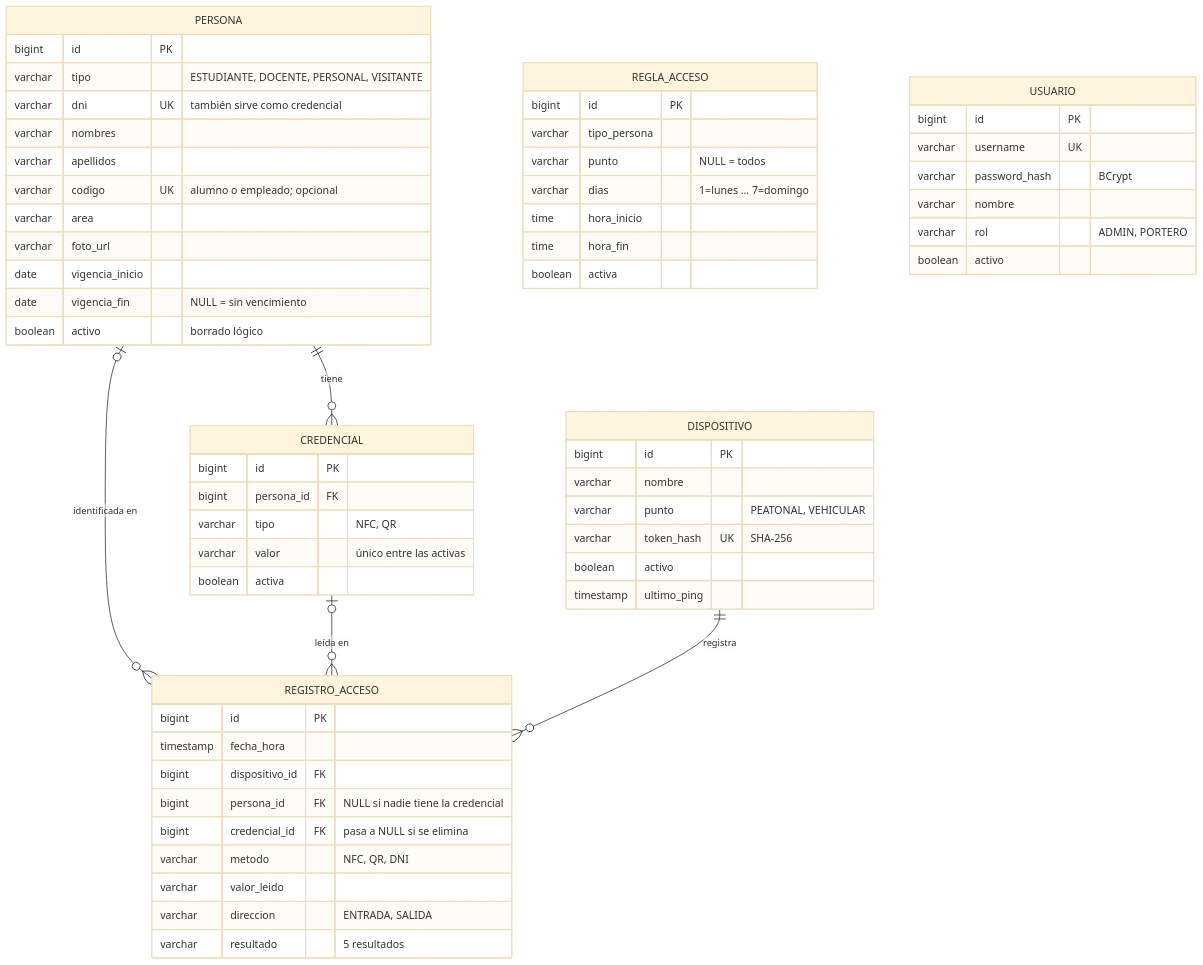
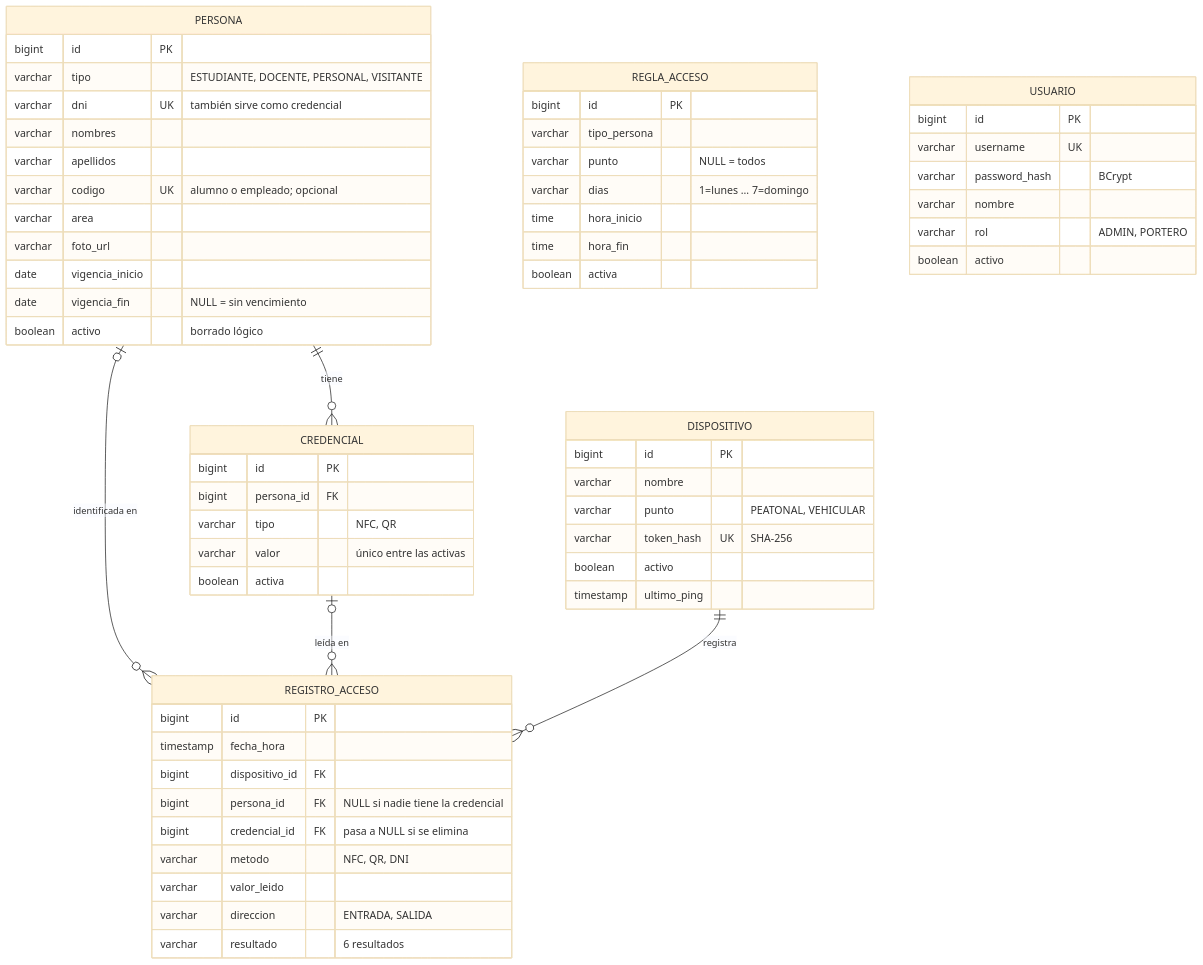
The second of 3 diagrams in docs/diagramas.md (David-Quispe/porteria-api), drawn with Mermaid (base theme) before and after one commit. The commit also changed other lines of this file and 6 other files, not shown here.

````diff
--- a/docs/diagramas.md
+++ b/docs/diagramas.md
@@ -33,64 +33,64 @@
 ```mermaid
 erDiagram
     PERSONA ||--o{ CREDENCIAL : "tiene"
     PERSONA |o--o{ REGISTRO_ACCESO : "identificada en"
     CREDENCIAL |o--o{ REGISTRO_ACCESO : "leída en"
     DISPOSITIVO ||--o{ REGISTRO_ACCESO : "registra"
 
     PERSONA {
         bigint id PK
         varchar tipo "ESTUDIANTE, DOCENTE, PERSONAL, VISITANTE"
         varchar dni UK "también sirve como credencial"
         varchar nombres
         varchar apellidos
         varchar codigo UK "alumno o empleado; opcional"
         varchar area
         varchar foto_url
         date vigencia_inicio
         date vigencia_fin "NULL = sin vencimiento"
         boolean activo "borrado lógico"
     }
     CREDENCIAL {
         bigint id PK
         bigint persona_id FK
         varchar tipo "NFC, QR"
         varchar valor "único entre las activas"
         boolean activa
     }
     DISPOSITIVO {
         bigint id PK
         varchar nombre
         varchar punto "PEATONAL, VEHICULAR"
         varchar token_hash UK "SHA-256"
         boolean activo
         timestamp ultimo_ping
     }
     REGISTRO_ACCESO {
         bigint id PK
         timestamp fecha_hora
         bigint dispositivo_id FK
         bigint persona_id FK "NULL si nadie tiene la credencial"
         bigint credencial_id FK "pasa a NULL si se elimina"
         varchar metodo "NFC, QR, DNI"
         varchar valor_leido
         varchar direccion "ENTRADA, SALIDA"
-        varchar resultado "5 resultados"
+        varchar resultado "6 resultados"
     }
     REGLA_ACCESO {
         bigint id PK
         varchar tipo_persona
         varchar punto "NULL = todos"
         varchar dias "1=lunes ... 7=domingo"
         time hora_inicio
         time hora_fin
         boolean activa
     }
     USUARIO {
         bigint id PK
         varchar username UK
         varchar password_hash "BCrypt"
         varchar nombre
         varchar rol "ADMIN, PORTERO"
         boolean activo
     }
 ```
````
